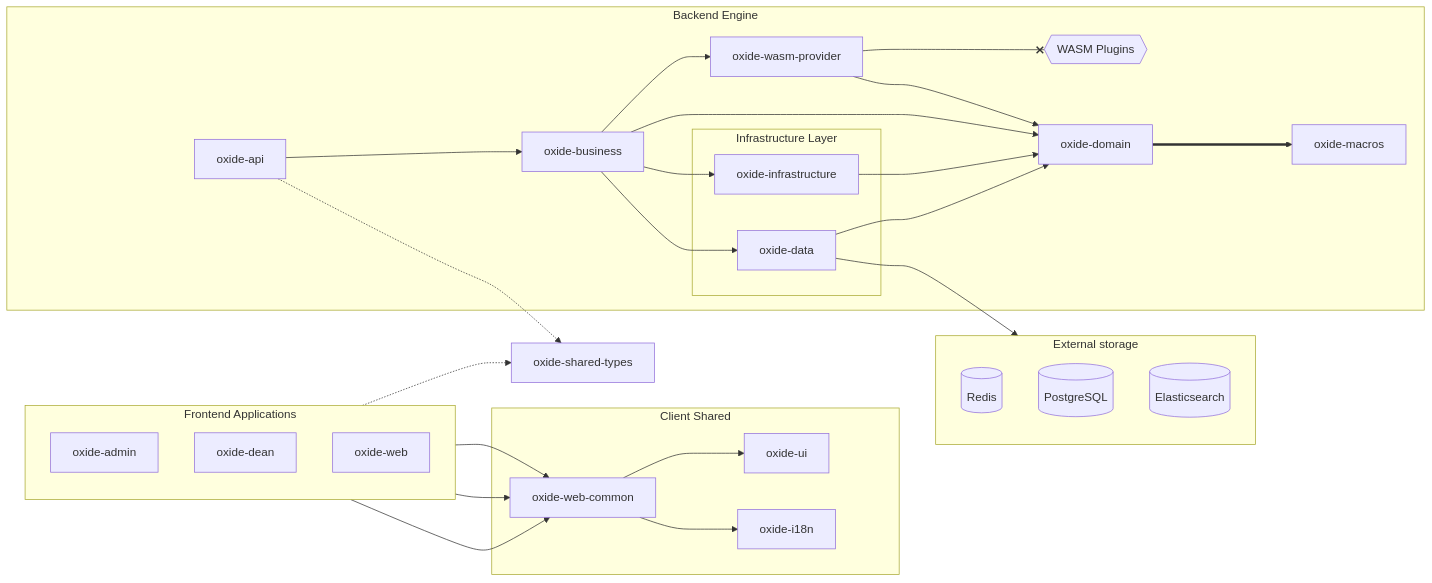
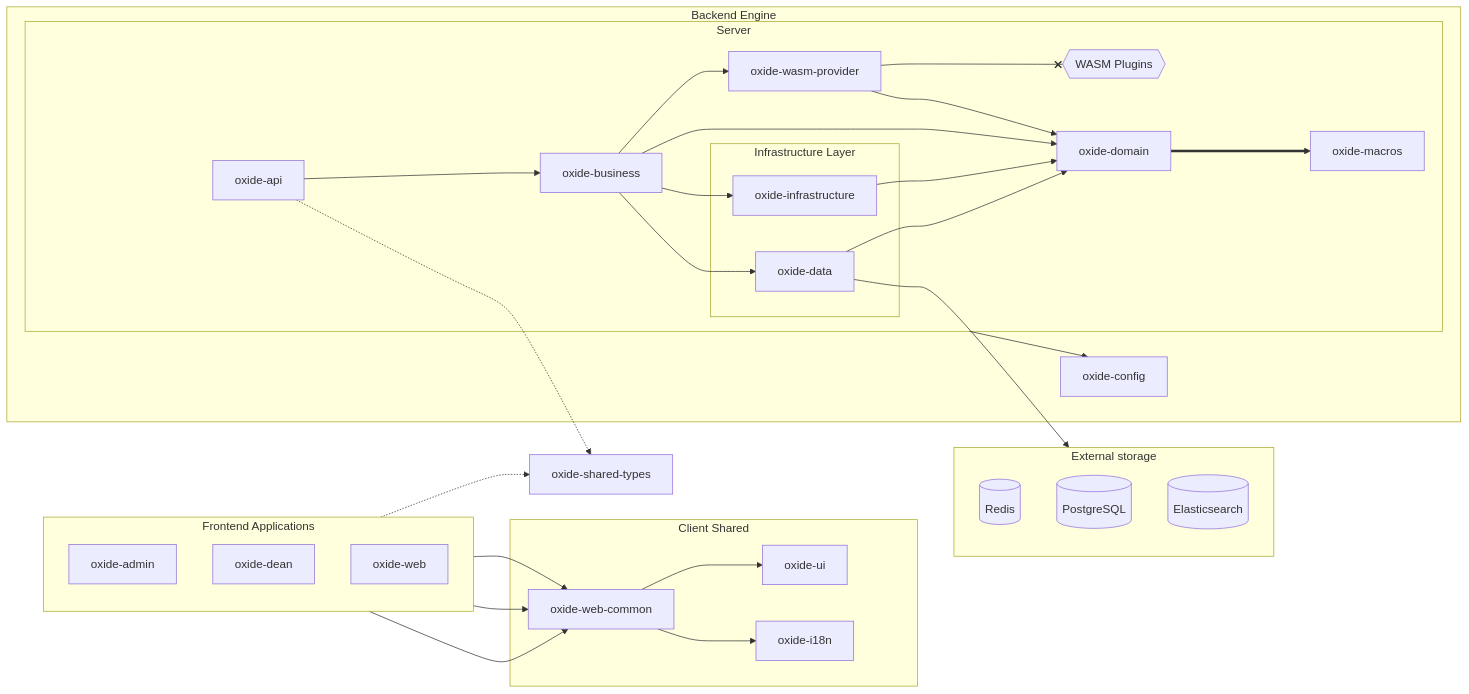
Before and after one commit to Vancoola/oxide-lms: the first of 5 diagrams in README.md, drawn with Mermaid.

Commit message:
fix: README.md

````diff
--- a/README.md
+++ b/README.md
@@ -121,64 +121,69 @@
 ```mermaid
 graph LR
     subgraph Clients [Frontend Applications]
         direction TB
         admin[oxide-admin]
         dean[oxide-dean]
         web[oxide-web]
     end
 
     subgraph ClientShared [Client Shared]
         common[oxide-web-common]
         ui[oxide-ui]
         i18n[oxide-i18n]
     end
 
     admin --> common
     dean --> common
     web --> common
     
     common --> ui
     common --> i18n
 
     shared_types[oxide-shared-types]
     web -.-> shared_types
     api -.-> shared_types
 
     subgraph External [External storage]
         redis[(Redis)]
         db[(PostgreSQL)]
         ES[(Elasticsearch)]
     end
 
-    subgraph Server [Backend Engine]
-        api[oxide-api]
-        subgraph IL [Infrastructure Layer]
-            inf[oxide-infrastructure]
-            data[oxide-data]
+    subgraph Backend [Backend Engine]
+        subgraph Server
+            api[oxide-api]            
+            subgraph IL [Infrastructure Layer]
+                inf[oxide-infrastructure]
+                data[oxide-data]
+            end
+            biz[oxide-business]
+            wasm[oxide-wasm-provider]
+
+            api --> biz
+            biz --> inf
+            biz --> data
+            biz --> wasm
+            wasm --x plugins{{WASM Plugins}}
+
+
+
+            dom[oxide-domain]
+            macros[oxide-macros]
+
+            dom ==> macros
+
+            data --> dom
+            inf --> dom
+            biz --> dom
+            wasm --> dom
         end
-        biz[oxide-business]
-        wasm[oxide-wasm-provider]
-        
-        
-        api --> biz
-        biz --> inf
-        biz --> data
-        biz --> wasm
-        wasm --x plugins{{WASM Plugins}}
-
-        dom[oxide-domain]
-        macros[oxide-macros]
-        
-        dom ==> macros
-        
-        data --> dom
-        inf --> dom
-        biz --> dom
-        wasm --> dom
+        cof[oxide-config]
+        Server --> cof
         
     end
     
     
     
     data --> External
 ```
````
